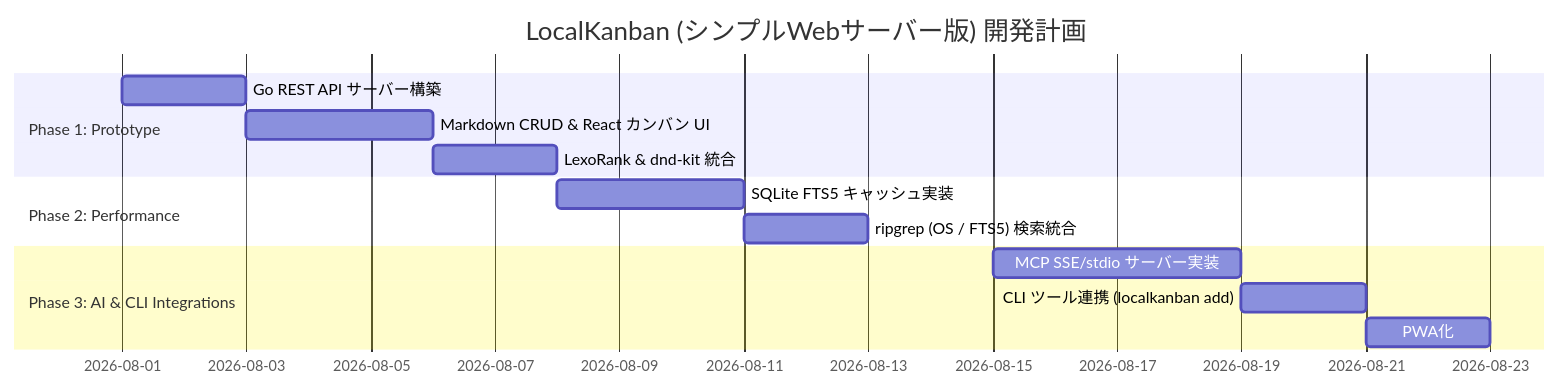
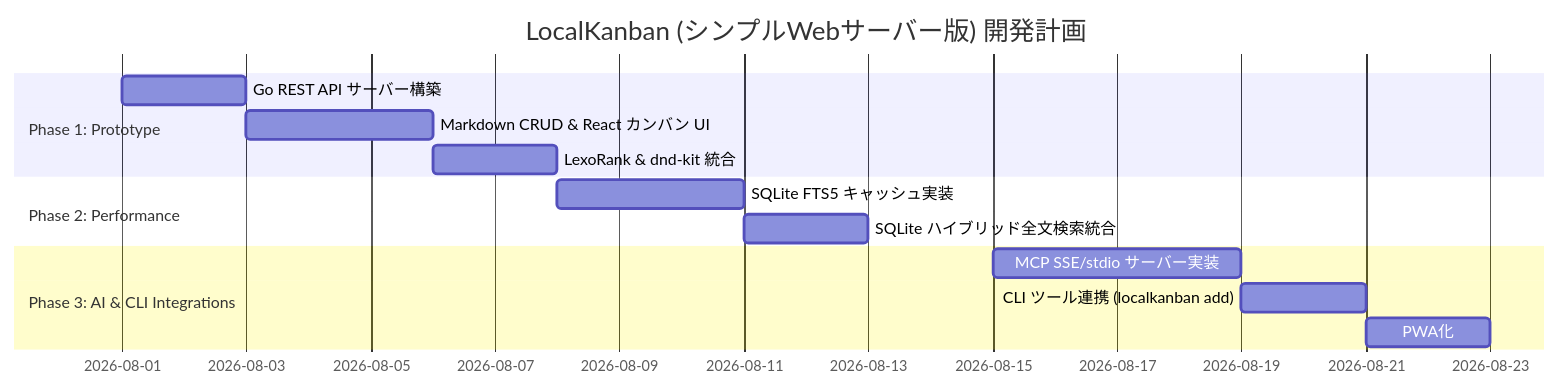
Before and after one commit to murosan/local-kanban: the diagram in SPECIFICATION.md, drawn with Mermaid. The commit also changed other lines of this file and 10 other files, not shown here.

````diff
--- a/SPECIFICATION.md
+++ b/SPECIFICATION.md
@@ -213,16 +212,16 @@
 ```mermaid
 gantt
     title LocalKanban (シンプルWebサーバー版) 開発計画
     dateFormat  YYYY-MM-DD
     section Phase 1: Prototype
     Go REST API サーバー構築         :p1_1, 2026-08-01, 2d
     Markdown CRUD & React カンバン UI  :p1_2, after p1_1, 3d
     LexoRank & dnd-kit 統合          :p1_3, after p1_2, 2d
     section Phase 2: Performance
     SQLite FTS5 キャッシュ実装       :p2_1, 2026-08-08, 3d
-    ripgrep (OS / FTS5) 検索統合     :p2_2, after p2_1, 2d
+    SQLite ハイブリッド全文検索統合   :p2_2, after p2_1, 2d
     section Phase 3: AI & CLI Integrations
     MCP SSE/stdio サーバー実装       :p3_1, 2026-08-15, 4d
     CLI ツール連携 (localkanban add)  :p3_2, after p3_1, 2d
     PWA化                            :p3_3, after p3_2, 2d
 ```
````
